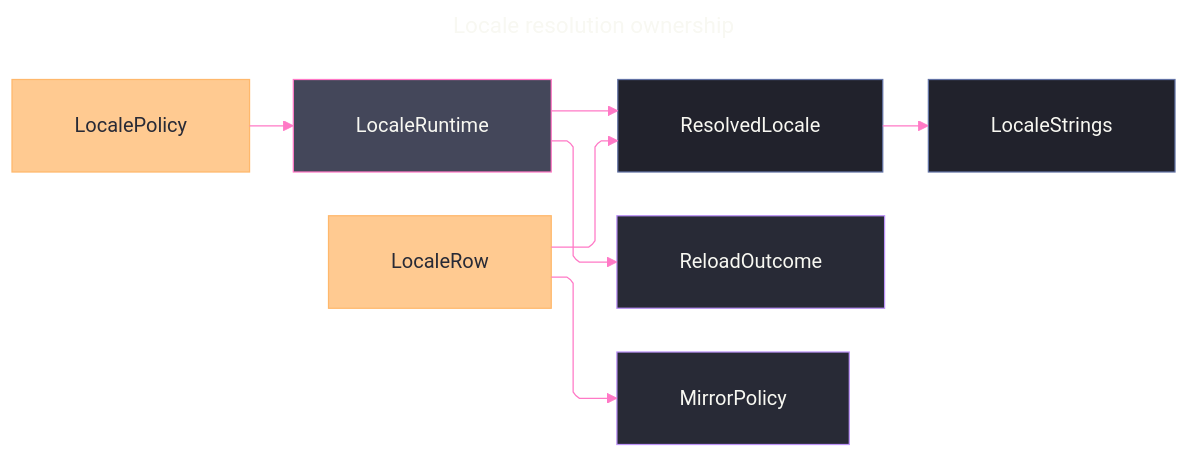
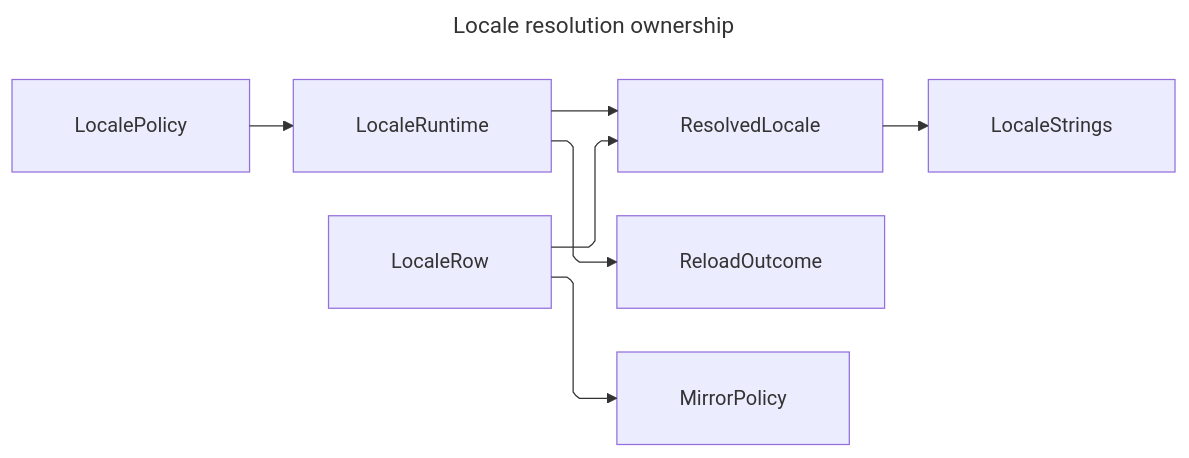
One commit to bsamiee/Rasm changed the diagram in libs/csharp/Rasm.AppUi/.planning/Theme/locale.md. Above: the diagram before and after it, drawn with Mermaid. The commit also changed 324 other files, not shown here.

````diff
--- a/libs/csharp/Rasm.AppUi/.planning/Theme/locale.md
+++ b/libs/csharp/Rasm.AppUi/.planning/Theme/locale.md
@@ -262,57 +262,26 @@
 ```mermaid
 ---
 title: Locale resolution ownership
 config:
-  theme: base
-  look: classic
   layout: elk
   htmlLabels: true
   markdownAutoWrap: false
   deterministicIds: true
   elk:
     nodePlacementStrategy: NETWORK_SIMPLEX
     considerModelOrder: NODES_AND_EDGES
   flowchart:
     curve: linear
     defaultRenderer: elk
     padding: 25
-  themeVariables:
-    darkMode: true
-    fontFamily: "SF Mono, Menlo, Cascadia Mono, Segoe UI Mono, Consolas, monospace"
-    useGradient: false
-    dropShadow: "none"
-    background: "#282A36"
-    mainBkg: "#44475A"
-    primaryColor: "#44475A"
-    primaryTextColor: "#F8F8F2"
-    primaryBorderColor: "#BD93F9"
-    nodeBorder: "#BD93F9"
-    lineColor: "#FF79C6"
-    arrowheadColor: "#FF79C6"
-    textColor: "#F8F8F2"
-    titleColor: "#D6BCFA"
-    clusterBkg: "#21222C"
-    clusterBorder: "#D6BCFA"
-    edgeLabelBackground: "#21222C"
-    labelBackgroundColor: "#21222C"
-  themeCSS: ".nodeLabel{font-size:13px;font-weight:500}.edgeLabel{font-size:12px;font-weight:500}.cluster-label .nodeLabel{font-size:13.5px;font-weight:700;letter-spacing:.08em}.edge-thickness-normal{stroke-width:2px}.edge-thickness-thick{stroke-width:3px}.edge-pattern-dashed,.edge-pattern-dotted{stroke-width:1.5px;stroke-dasharray:4 6}.node rect,.node circle,.node polygon,.node path,.node .outer-path{stroke-width:1.5px;filter:none!important}.cluster rect{stroke-width:1px!important;stroke-dasharray:5 4!important;filter:none!important}.marker path{transform:scale(.8);transform-origin:5px 5px}.marker circle{transform:scale(.48);transform-origin:5px 5px}.edgeLabel rect{transform-box:fill-box;transform-origin:center;transform:scale(1.1,1.2)}"
 ---
 flowchart LR
     accTitle: Locale resolution ownership
     accDescr: Locale policy selects and transactionally publishes one resolved locale while locale data feeds full message formatting, directional asset mirroring, and reload evidence.
     LocalePolicy --> LocaleRuntime
     LocaleRuntime --> ResolvedLocale
     LocaleRuntime --> ReloadOutcome
     LocaleRow --> ResolvedLocale
     ResolvedLocale --> LocaleStrings
     LocaleRow --> MirrorPolicy
-    linkStyle default stroke:#FF79C6,color:#F8F8F2
-    classDef primary fill:#44475A,stroke:#FF79C6,color:#F8F8F2
-    classDef boundary fill:#282A36,stroke:#BD93F9,color:#F8F8F2
-    classDef data fill:#FFB86CBF,stroke:#FFB86C,color:#282A36
-    classDef recessed fill:#21222C,stroke:#6272A4,color:#F8F8F2
-    class LocaleRuntime primary
-    class LocalePolicy,LocaleRow data
-    class ResolvedLocale,LocaleStrings recessed
-    class ReloadOutcome,MirrorPolicy boundary
 ```
````
